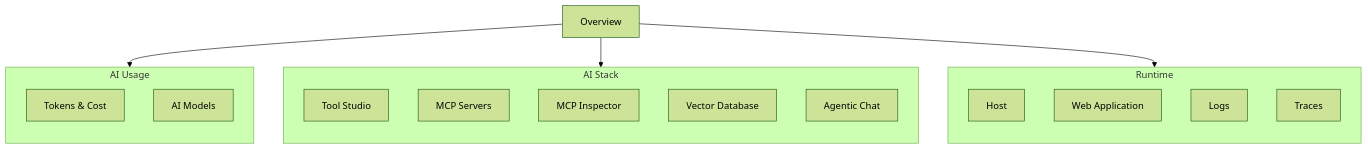
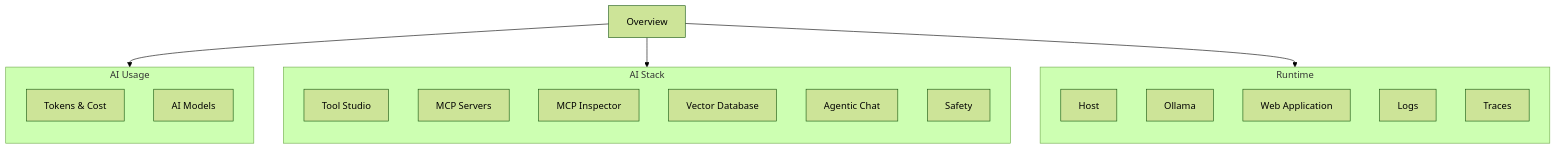
The first of 2 diagrams in docs/features/observability/index.md (JM-Lab/spring-ai-playground), drawn with Mermaid (forest theme) before and after one commit. The commit also changed other lines of this file and 185 other files, not shown here.

````diff
--- a/docs/features/observability/index.md
+++ b/docs/features/observability/index.md
@@ -26,27 +26,29 @@
 ```mermaid
 flowchart TB
     OV["Overview"]
     subgraph U["AI Usage"]
         direction TB
         TC["Tokens & Cost"]
         AM["AI Models"]
     end
     subgraph S["AI Stack"]
         direction TB
         TS["Tool Studio"]
         MS["MCP Servers"]
         MI["MCP Inspector"]
         VD["Vector Database"]
         AC["Agentic Chat"]
+        SF["Safety"]
     end
     subgraph R["Runtime"]
         direction TB
         HO["Host"]
+        OL["Ollama"]
         WA["Web Application"]
         LG["Logs"]
         TR["Traces"]
     end
     OV --> U
     OV --> S
     OV --> R
 ```
````
